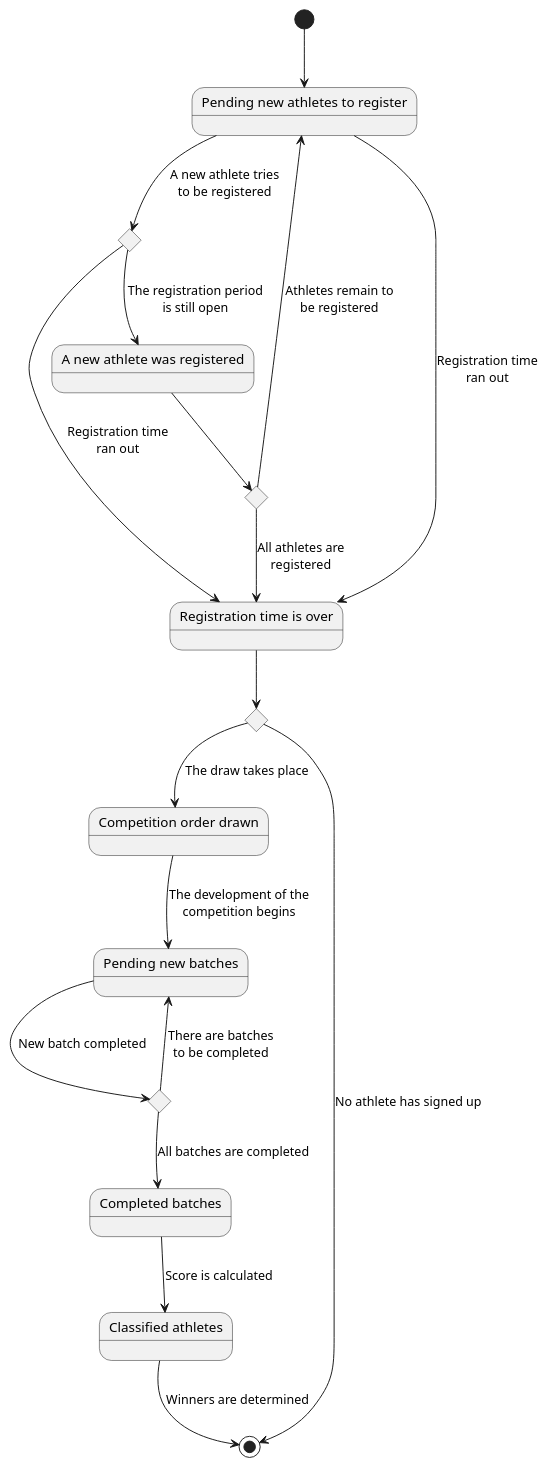
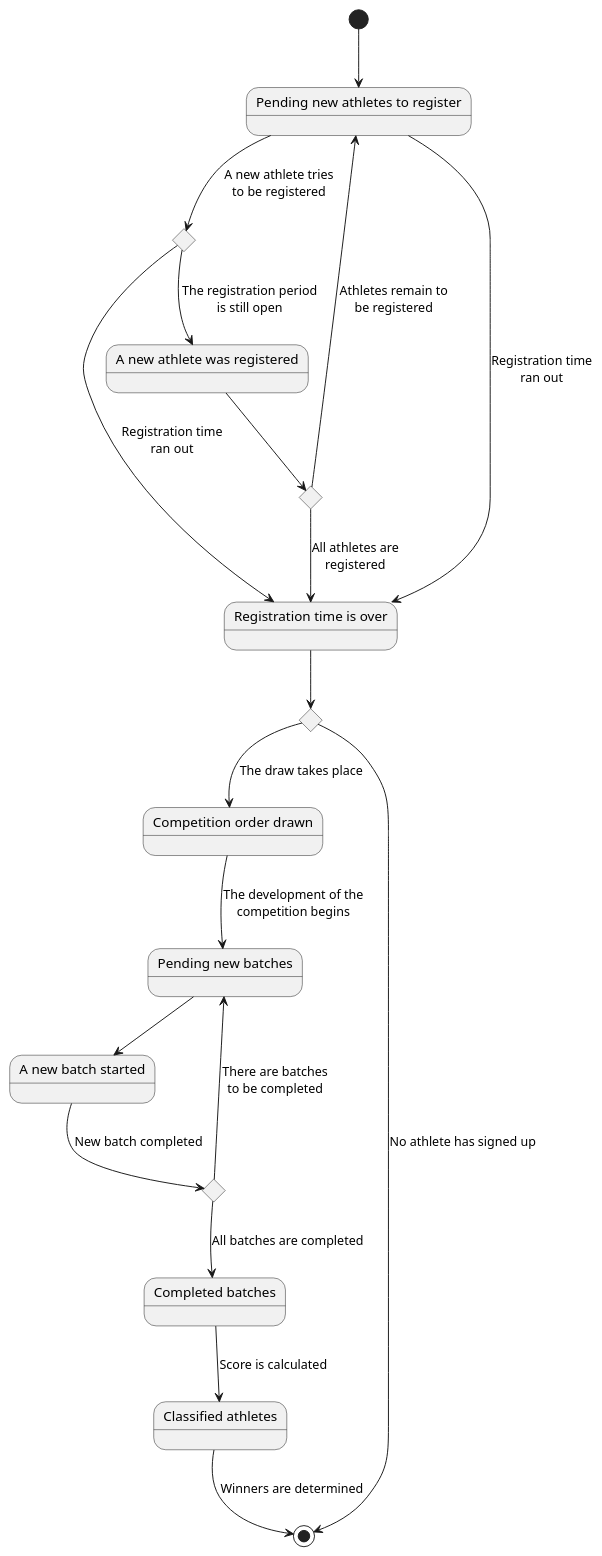
Before and after one commit to zuldare/mastercloud_pfm_halterocms: the diagram in diagrams/states/competitionStates.puml, drawn with PlantUML.

Commit message:
Added new state for a new started batch

```diff
--- a/diagrams/states/competitionStates.puml
+++ b/diagrams/states/competitionStates.puml
@@ -1,35 +1,37 @@
 @startuml
 state "Pending new athletes to register" as PendingAthletesToRegister
 state "Is the registration time still open?" as IsRegistrationOpenCHC <<choice>>
 state "More athletes to register pending?" as MoreAthletesToRegisterCHC <<choice>>
 state "A new athlete was registered" as NewAthleteRegistered
 state "Registration time is over" as RegistrationTimeOver
 state "Is there any athlete registered?" as AnyAthletesRegisteredCHC <<choice>>
 state "Competition order drawn" as CompetitionOrderDrawn
 state "Pending new batches" as PendingNewBatch
+state "A new batch started" as StartedNewBatch
 state "More batches pending?" as MoreBatchesCHC <<choice>>
 state "Completed batches" as CompletedBatches
 state "Classified athletes" as ClassifiedAthletes
 
 
 [*] --> PendingAthletesToRegister
 PendingAthletesToRegister --> IsRegistrationOpenCHC : A new athlete tries\nto be registered
 IsRegistrationOpenCHC --> RegistrationTimeOver : Registration time\nran out
 IsRegistrationOpenCHC --> NewAthleteRegistered : The registration period\nis still open
 NewAthleteRegistered --> MoreAthletesToRegisterCHC
 MoreAthletesToRegisterCHC --> PendingAthletesToRegister : Athletes remain to\nbe registered
 MoreAthletesToRegisterCHC --> RegistrationTimeOver : All athletes are\nregistered
 PendingAthletesToRegister --> RegistrationTimeOver : Registration time\nran out
 RegistrationTimeOver --> AnyAthletesRegisteredCHC
 AnyAthletesRegisteredCHC --> CompetitionOrderDrawn : The draw takes place
 AnyAthletesRegisteredCHC --> [*] : No athlete has signed up
 CompetitionOrderDrawn --> PendingNewBatch : The development of the\ncompetition begins
 
-PendingNewBatch --> MoreBatchesCHC : New batch completed
+PendingNewBatch --> StartedNewBatch
+StartedNewBatch --> MoreBatchesCHC : New batch completed
 
 MoreBatchesCHC --> PendingNewBatch : There are batches\nto be completed
 MoreBatchesCHC --> CompletedBatches : All batches are completed
 
 CompletedBatches --> ClassifiedAthletes : Score is calculated
 ClassifiedAthletes --> [*] : Winners are determined
 @enduml
```
